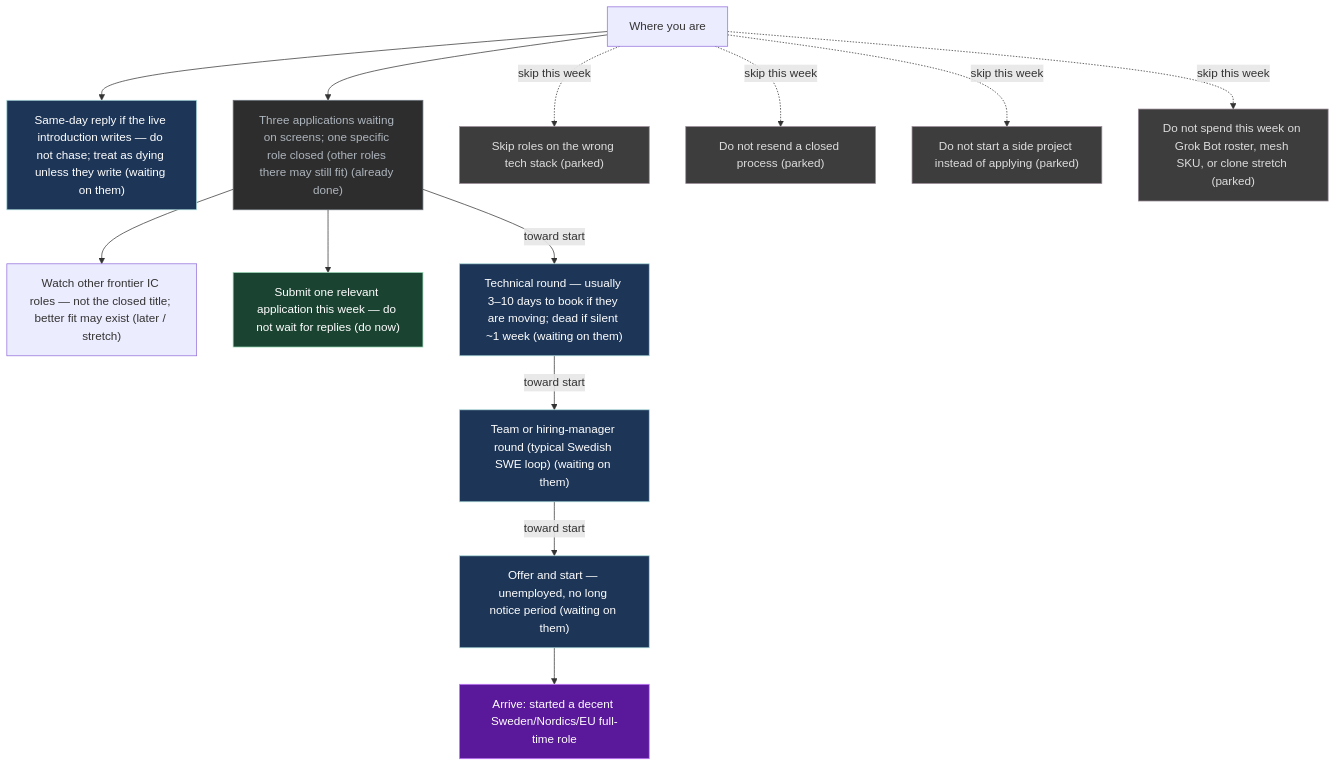
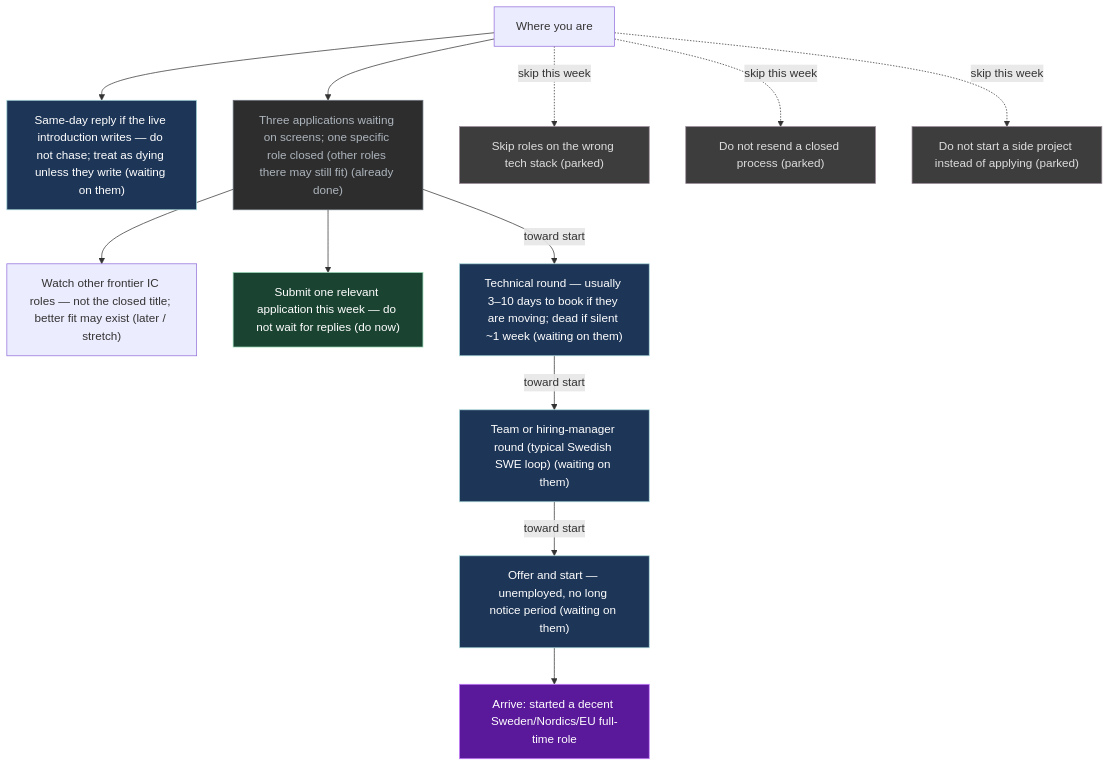
Before and after one commit to p10ns11y/life-os: the diagram in UI/Mission.md, drawn with Mermaid. The commit also changed other lines of this file and 5 other files, not shown here.

````diff
--- a/UI/Mission.md
+++ b/UI/Mission.md
@@ -68,38 +67,36 @@
 ```mermaid
 flowchart TB
   x["Where you are"]
   G["Arrive: started a decent Sweden/Nordics/EU full-time role"]
   S0["Same-day reply if the live introduction writes — do not chase; treat as dying unless they write (waiting on them)"]
   S1["Three applications waiting on screens; one specific role closed (other roles there may still fit) (already done)"]
   S2["Watch other frontier IC roles — not the closed title; better fit may exist (later / stretch)"]
   S3["Submit one relevant application this week — do not wait for replies (do now)"]
   S4["Technical round — usually 3–10 days to book if they are moving; dead if silent ~1 week (waiting on them)"]
   S4b["Team or hiring-manager round (typical Swedish SWE loop) (waiting on them)"]
   S5["Offer and start — unemployed, no long notice period (waiting on them)"]
   P1["Skip roles on the wrong tech stack (parked)"]
   P2["Do not resend a closed process (parked)"]
   P3["Do not start a side project instead of applying (parked)"]
-  P4["Do not spend this week on Grok Bot roster, mesh SKU, or clone stretch (parked)"]
   x --> S0
   x --> S1
   S1 --> S2
   S1 --> S3
   S1 -->|"toward start"| S4
   S4 -->|"toward start"| S4b
   S4b -->|"toward start"| S5
   x -.->|"skip this week"| P1
   x -.->|"skip this week"| P2
   x -.->|"skip this week"| P3
-  x -.->|"skip this week"| P4
   S5 --> G
   classDef do fill:#1b4332,stroke:#95d5b2,color:#fff
   classDef wait fill:#1d3557,stroke:#a8dadc,color:#fff
   classDef park fill:#3d3d3d,stroke:#9a8c98,color:#ddd
   classDef done fill:#2d2d2d,stroke:#6c757d,color:#adb5bd
   classDef goal fill:#5a189a,stroke:#c77dff,color:#fff
   class G goal
   class S3 do
   class S0,S4,S4b,S5 wait
-  class P1,P2,P3,P4 park
+  class P1,P2,P3 park
   class S1 done
 ```
````
